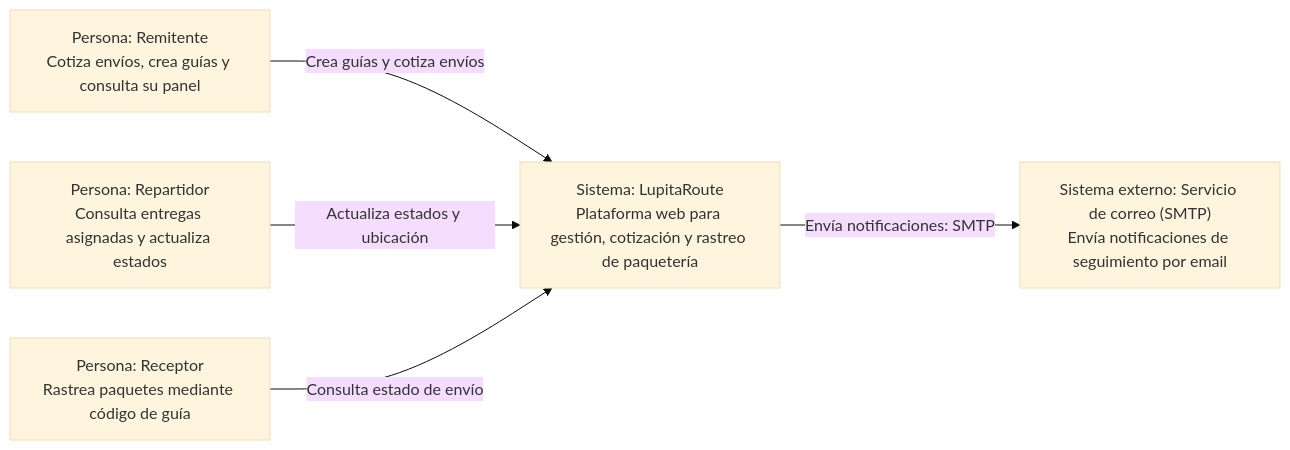
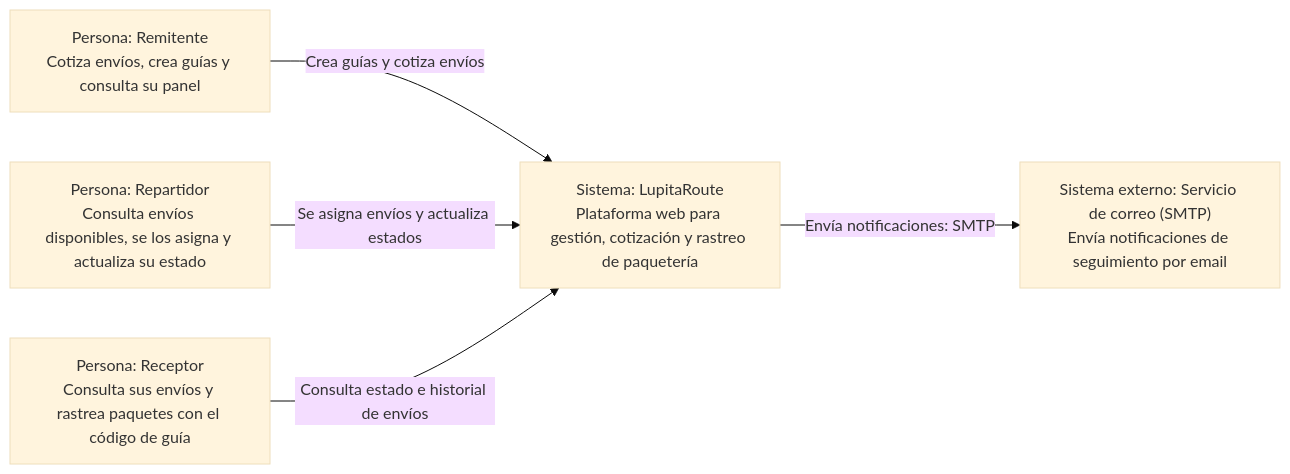
The diagram in docs/modelo-c4/context-diagram.md (Eva-Contreras/LupitaRoute), drawn with Mermaid (base theme) before and after one commit. The commit also changed 4 other files, not shown here.

Commit message:
feat(docs): cambios en los diagramas

````diff
--- a/docs/modelo-c4/context-diagram.md
+++ b/docs/modelo-c4/context-diagram.md
@@ -3,13 +3,13 @@
 ```mermaid
 flowchart LR
     remitente["Persona: Remitente<br/>Cotiza envíos, crea guías y consulta su panel"]
-    repartidor["Persona: Repartidor<br/>Consulta entregas asignadas y actualiza estados"]
-    receptor["Persona: Receptor<br/>Rastrea paquetes mediante código de guía"]
+    repartidor["Persona: Repartidor<br/>Consulta envíos disponibles, se los asigna y actualiza su estado"]
+    receptor["Persona: Receptor<br/>Consulta sus envíos y rastrea paquetes con el código de guía"]
     lupita["Sistema: LupitaRoute<br/>Plataforma web para gestión, cotización y rastreo de paquetería"]
     smtp["Sistema externo: Servicio de correo (SMTP)<br/>Envía notificaciones de seguimiento por email"]
 
     remitente -->|Crea guías y cotiza envíos| lupita
-    repartidor -->|Actualiza estados y ubicación| lupita
-    receptor -->|Consulta estado de envío| lupita
+    repartidor -->|Se asigna envíos y actualiza estados| lupita
+    receptor -->|Consulta estado e historial de envíos| lupita
     lupita -->|Envía notificaciones: SMTP| smtp
 ```
````
